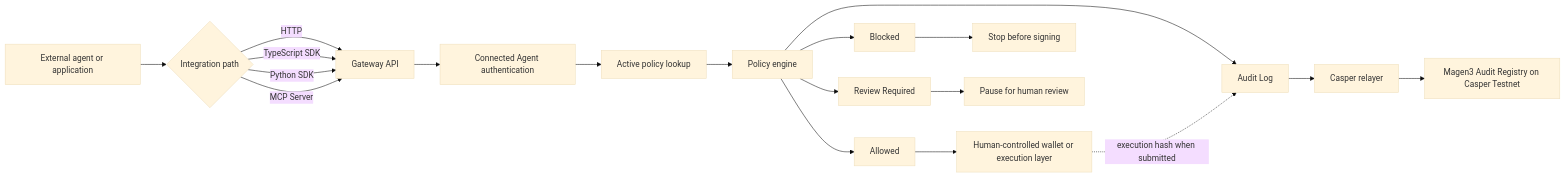
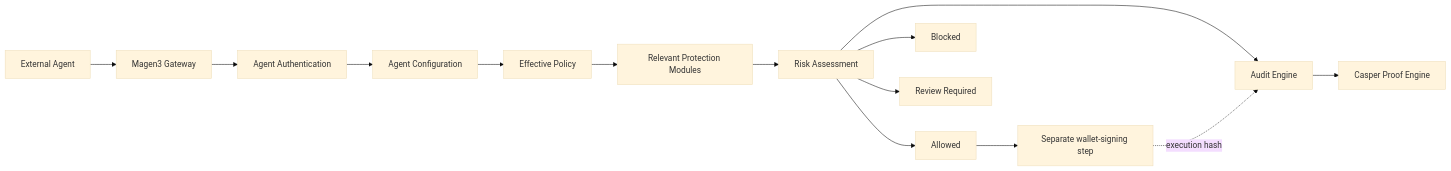
The diagram in README.md (zicjoe/magen3), drawn with Mermaid (base theme) before and after one commit. The commit also changed other lines of this file and 22 other files, not shown here.

Commit message:
ecurity findings, Security Coverage,  adaptive pipeline stages, and an authenticated Intent Playground."   -m "Improve agent details, audit timelines, decision explanations,   dashboard visibility, protection-module statuses, documentation, and   audit syncin

````diff
--- a/README.md
+++ b/README.md
@@ -106,26 +341,16 @@
 ```mermaid
 flowchart LR
-    A[External agent or application] --> B{Integration path}
-    B -->|HTTP| C[Gateway API]
-    B -->|TypeScript SDK| C
-    B -->|Python SDK| C
-    B -->|MCP Server| C
-
-    C --> D[Connected Agent authentication]
-    D --> E[Active policy lookup]
-    E --> F[Policy engine]
-
-    F --> G[Allowed]
-    F --> H[Blocked]
-    F --> I[Review Required]
-
-    G --> J[Human-controlled wallet or execution layer]
-    H --> K[Stop before signing]
-    I --> L[Pause for human review]
-
-    F --> M[Audit Log]
-    M --> N[Casper relayer]
-    N --> O[Magen3 Audit Registry on Casper Testnet]
-
-    J -. execution hash when submitted .-> M
+    A[External Agent] --> B[Magen3 Gateway]
+    B --> C[Agent Authentication]
+    C --> D[Agent Configuration]
+    D --> E[Effective Policy]
+    E --> F[Relevant Protection Modules]
+    F --> G[Risk Assessment]
+    G --> H[Allowed]
+    G --> I[Blocked]
+    G --> J[Review Required]
+    G --> K[Audit Engine]
+    K --> L[Casper Proof Engine]
+    H --> M[Separate wallet-signing step]
+    M -. execution hash .-> K
 ```
````
